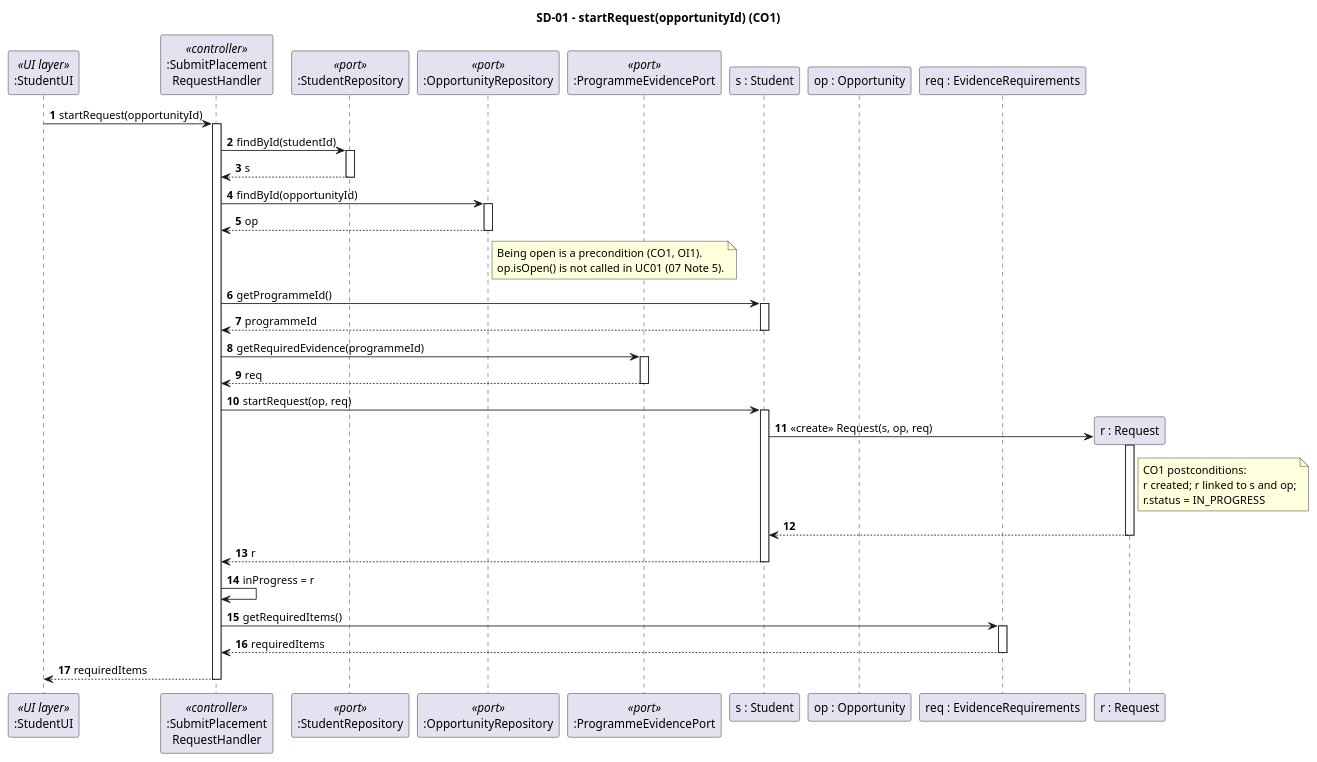
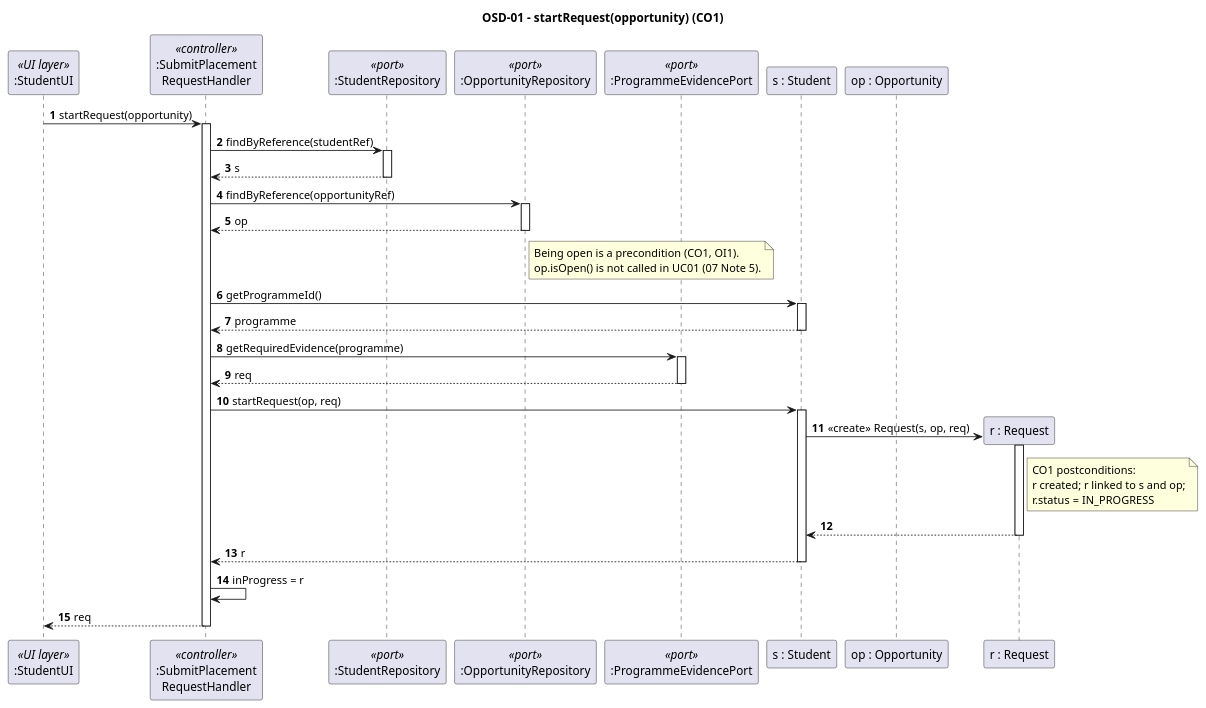
The diagram in CA2/diagrams/UC01-SD-01-startRequest.puml (dan-1379/OOAD-CA1-Analysis), drawn with PlantUML before and after one commit. The commit also changed 7 other files, not shown here.

Commit message:
Fixed naming conventions and diagrams to match exisiting UC pages. (#28)

```diff
--- a/CA2/diagrams/UC01-SD-01-startRequest.puml
+++ b/CA2/diagrams/UC01-SD-01-startRequest.puml
@@ -1,69 +1,63 @@
 @startuml sd-01-start-request
-' SD-01 - startRequest (CO1)
+' OSD-01 - startRequest (CO1)
 ' Linked to: UC01 step 1, SSD-01, CO1, 07 CRC, DCD-01
-title SD-01 – startRequest(opportunityId) (CO1)
+title OSD-01 – startRequest(opportunity) (CO1)
 
 skinparam sequenceMessageAlign left
 autonumber
 
 participant ":StudentUI" as UI <<UI layer>>
 participant ":SubmitPlacement\nRequestHandler" as H <<controller>>
 participant ":StudentRepository" as SR <<port>>
 participant ":OpportunityRepository" as OR <<port>>
 participant ":ProgrammeEvidencePort" as EP <<port>>
 participant "s : Student" as S
 participant "op : Opportunity" as OP
-participant "req : EvidenceRequirements" as ER
 
-UI -> H : startRequest(opportunityId)
+UI -> H : startRequest(opportunity)
 activate H
 
-H -> SR : findById(studentId)
+H -> SR : findByReference(studentRef)
 activate SR
 SR --> H : s
 deactivate SR
 
-H -> OR : findById(opportunityId)
+H -> OR : findByReference(opportunityRef)
 activate OR
 OR --> H : op
 deactivate OR
 note right of OR
   Being open is a precondition (CO1, OI1).
   op.isOpen() is not called in UC01 (07 Note 5).
 end note
 
 H -> S : getProgrammeId()
 activate S
-S --> H : programmeId
+S --> H : programme
 deactivate S
 
-H -> EP : getRequiredEvidence(programmeId)
+H -> EP : getRequiredEvidence(programme)
 activate EP
 EP --> H : req
 deactivate EP
 
 H -> S : startRequest(op, req)
 activate S
 create "r : Request" as R
 S -> R : <<create>> Request(s, op, req)
 activate R
 note right of R
   CO1 postconditions:
   r created; r linked to s and op;
   r.status = IN_PROGRESS
 end note
 R --> S
 deactivate R
 S --> H : r
 deactivate S
 
 H -> H : inProgress = r
 
-H -> ER : getRequiredItems()
-activate ER
-ER --> H : requiredItems
-deactivate ER
-
-H --> UI : requiredItems
+H --> UI : req
 deactivate H
 @enduml
```
